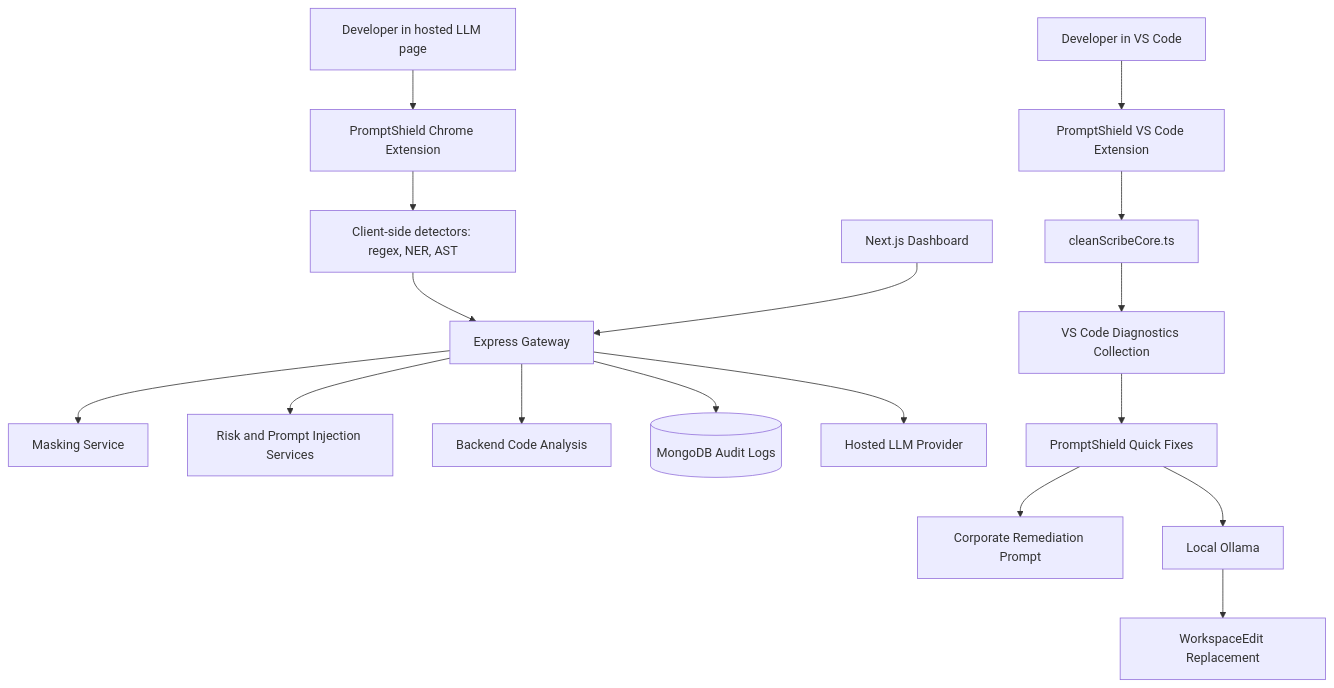
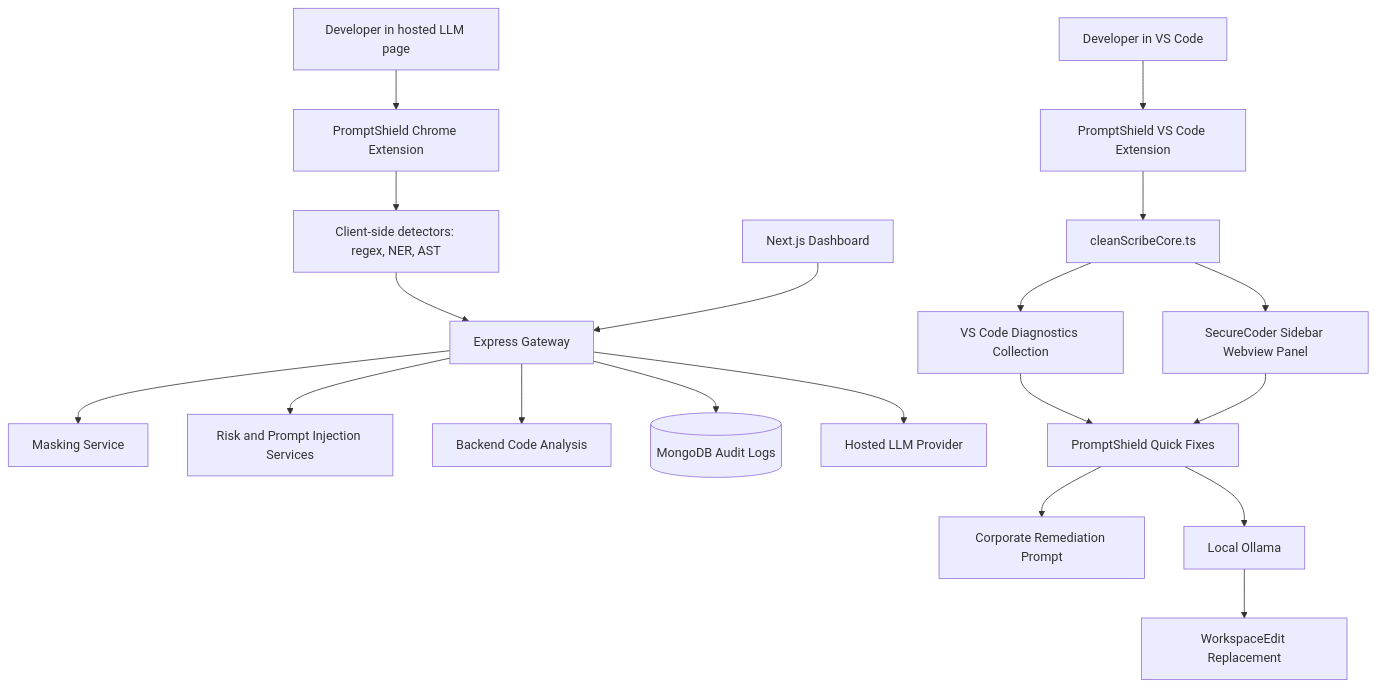
The first of 3 diagrams in CONTEXT.md (abhayshaw1601/PromptSheild), drawn with Mermaid before and after one commit. The commit also changed other lines of this file and 1 other file, not shown here.

````diff
--- a/CONTEXT.md
+++ b/CONTEXT.md
@@ -53,21 +53,23 @@
 ```mermaid
 flowchart TD
     BrowserUser["Developer in hosted LLM page"] --> ChromeExt["PromptShield Chrome Extension"]
     ChromeExt --> ClientDetectors["Client-side detectors: regex, NER, AST"]
     ClientDetectors --> Gateway["Express Gateway"]
     Gateway --> Masking["Masking Service"]
     Gateway --> Risk["Risk and Prompt Injection Services"]
     Gateway --> CodeAnalysis["Backend Code Analysis"]
     Gateway --> AuditDb[("MongoDB Audit Logs")]
     Gateway --> HostedLLM["Hosted LLM Provider"]
 
     IDEUser["Developer in VS Code"] --> VSCodeExt["PromptShield VS Code Extension"]
     VSCodeExt --> CoreEngine["cleanScribeCore.ts"]
-    CoreEngine --> Problems["VS Code Diagnostics Collection"]
-    Problems --> CodeActions["PromptShield Quick Fixes"]
+    CoreEngine --> Diagnostics["VS Code Diagnostics Collection"]
+    CoreEngine --> Sidebar["SecureCoder Sidebar Webview Panel"]
+    Diagnostics --> CodeActions["PromptShield Quick Fixes"]
+    Sidebar --> CodeActions
     CodeActions --> Clipboard["Corporate Remediation Prompt"]
     CodeActions --> Ollama["Local Ollama"]
     Ollama --> WorkspaceEdit["WorkspaceEdit Replacement"]
 
     Dashboard["Next.js Dashboard"] --> Gateway
 ```
````
